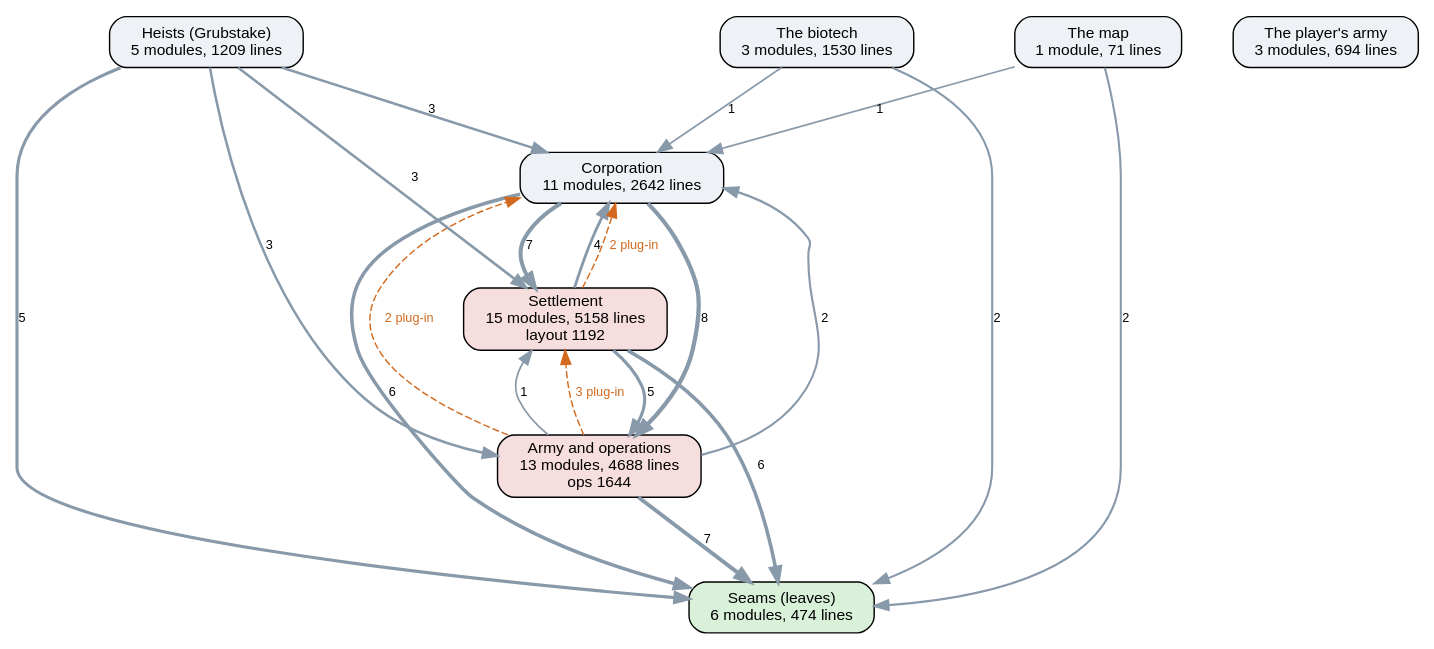
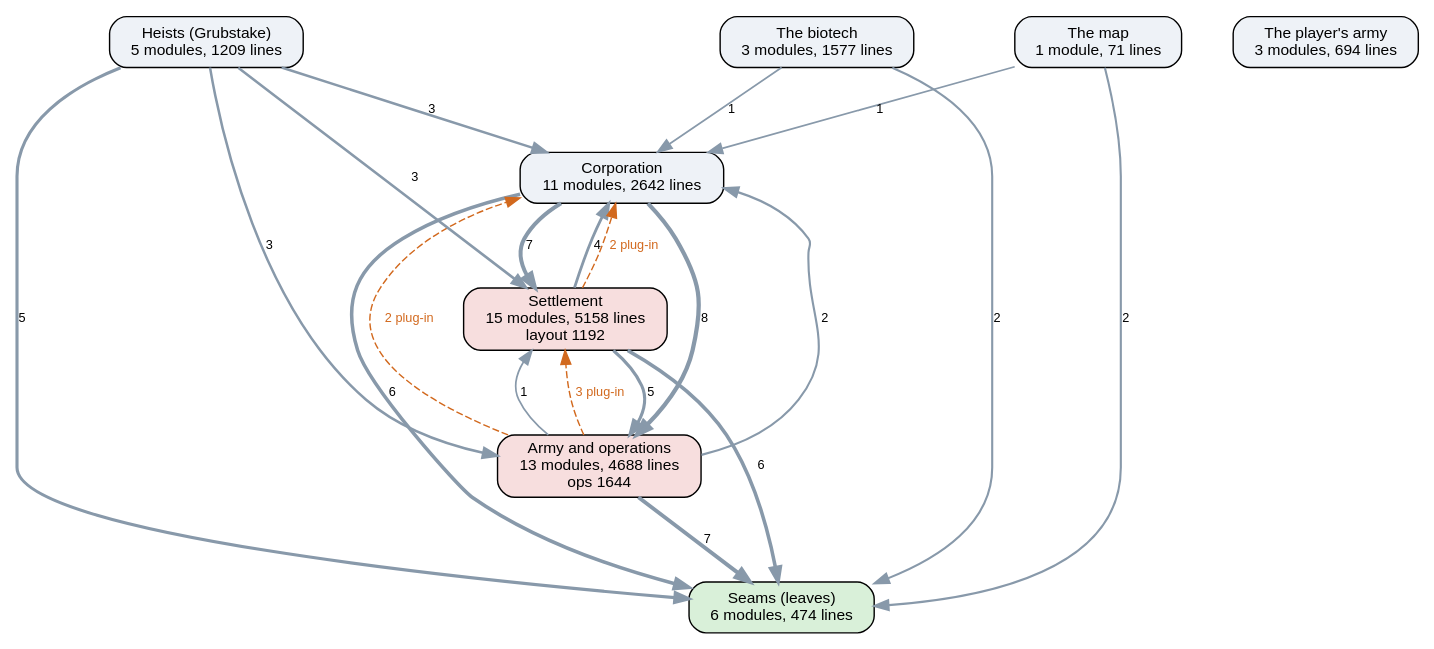
Before and after one commit to kinelhu/landing-party: the diagram in docs/ai-layers.dot, drawn with Graphviz. The commit also changed 19 other files, not shown here.

```diff
--- a/docs/ai-layers.dot
+++ b/docs/ai-layers.dot
@@ -1,33 +1,33 @@
 digraph layers {
   graph [rankdir=TB, fontname="Helvetica", nodesep=0.5, ranksep=0.7];
   node [shape=box, style="rounded,filled", fontname="Helvetica", fontsize=11, fillcolor="#eef2f7"];
   edge [color="#8899aa", fontname="Helvetica", fontsize=9];
   "Seams (leaves)" [label="Seams (leaves)\n6 modules, 474 lines", fillcolor="#d9f0d9"];
   "Corporation" [label="Corporation\n11 modules, 2642 lines", fillcolor="#eef2f7"];
   "Settlement" [label="Settlement\n15 modules, 5158 lines\nlayout 1192", fillcolor="#f7dede"];
   "Army and operations" [label="Army and operations\n13 modules, 4688 lines\nops 1644", fillcolor="#f7dede"];
   "Heists (Grubstake)" [label="Heists (Grubstake)\n5 modules, 1209 lines", fillcolor="#eef2f7"];
-  "The biotech" [label="The biotech\n3 modules, 1530 lines", fillcolor="#eef2f7"];
+  "The biotech" [label="The biotech\n3 modules, 1577 lines", fillcolor="#eef2f7"];
   "The map" [label="The map\n1 module, 71 lines", fillcolor="#eef2f7"];
   "The player's army" [label="The player's army\n3 modules, 694 lines", fillcolor="#eef2f7"];
   "Army and operations" -> "Corporation" [label="2", penwidth=1.5];
   "Army and operations" -> "Seams (leaves)" [label="7", penwidth=2.8];
   "Army and operations" -> "Settlement" [label="1", penwidth=1.2];
   "Corporation" -> "Army and operations" [label="8", penwidth=3.0];
   "Corporation" -> "Seams (leaves)" [label="6", penwidth=2.5];
   "Corporation" -> "Settlement" [label="7", penwidth=2.8];
   "Heists (Grubstake)" -> "Army and operations" [label="3", penwidth=1.8];
   "Heists (Grubstake)" -> "Corporation" [label="3", penwidth=1.8];
   "Heists (Grubstake)" -> "Seams (leaves)" [label="5", penwidth=2.2];
   "Heists (Grubstake)" -> "Settlement" [label="3", penwidth=1.8];
   "Settlement" -> "Army and operations" [label="5", penwidth=2.2];
   "Settlement" -> "Corporation" [label="4", penwidth=2.0];
   "Settlement" -> "Seams (leaves)" [label="6", penwidth=2.5];
   "The biotech" -> "Corporation" [label="1", penwidth=1.2];
   "The biotech" -> "Seams (leaves)" [label="2", penwidth=1.5];
   "The map" -> "Corporation" [label="1", penwidth=1.2];
   "The map" -> "Seams (leaves)" [label="2", penwidth=1.5];
   "Army and operations" -> "Corporation" [style=dashed, color="#d2691e", fontcolor="#d2691e", label="2 plug-in"];
   "Army and operations" -> "Settlement" [style=dashed, color="#d2691e", fontcolor="#d2691e", label="3 plug-in"];
   "Settlement" -> "Corporation" [style=dashed, color="#d2691e", fontcolor="#d2691e", label="2 plug-in"];
 }
```
